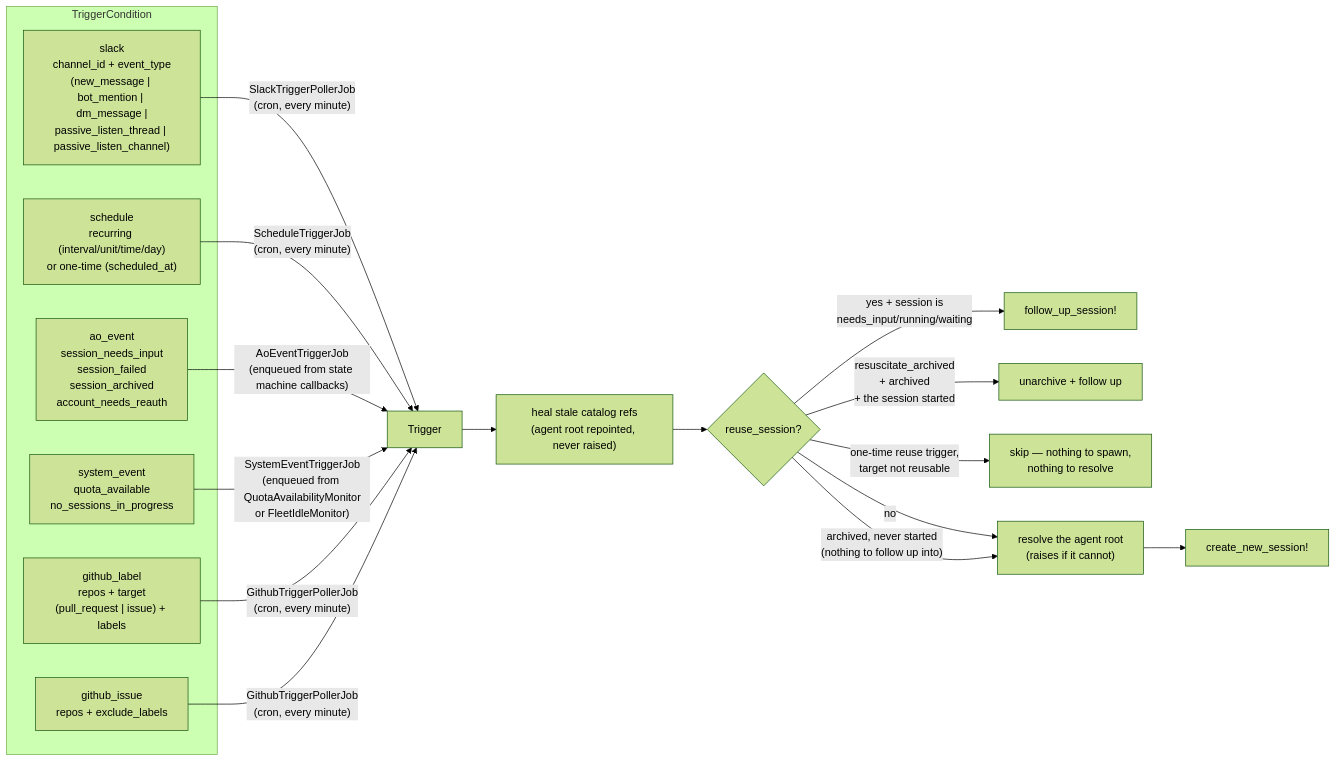
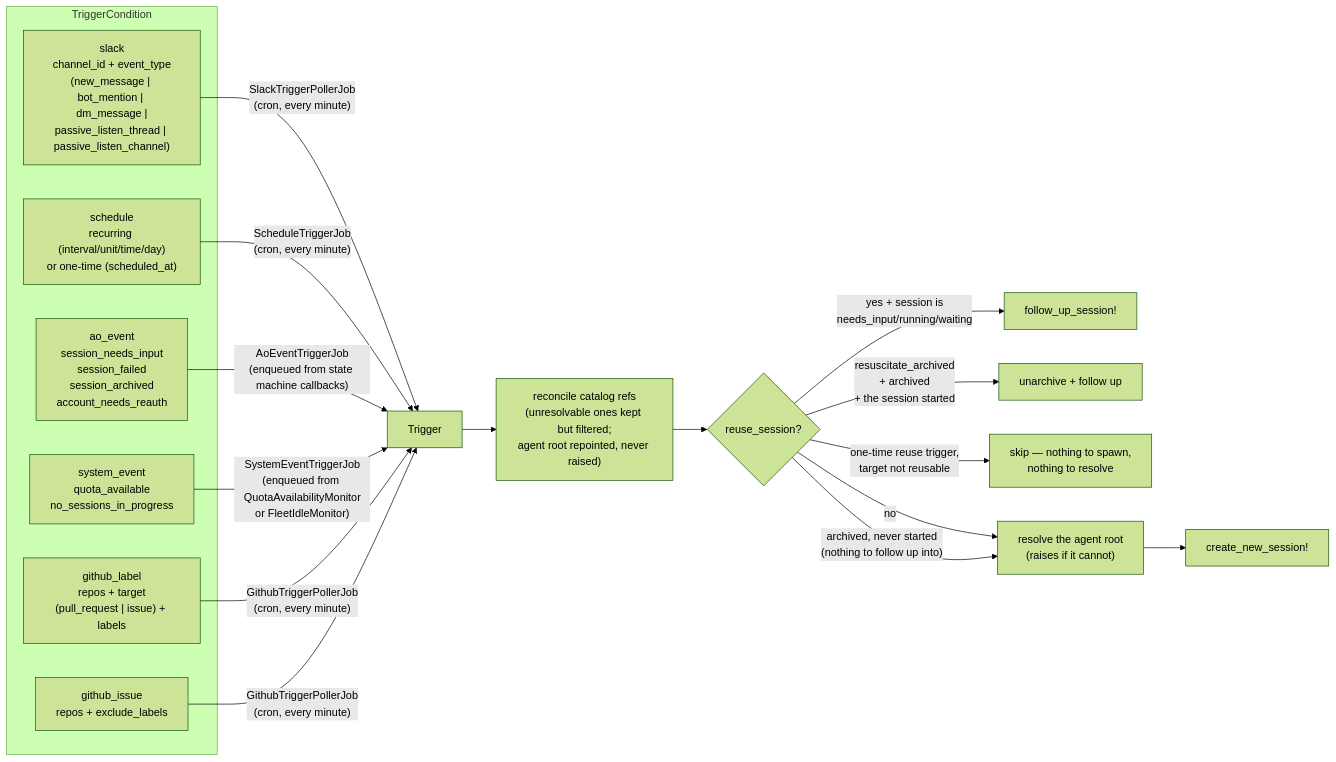
The first of 2 diagrams in docs/src/content/docs/sessions/triggers.md (tadasant/zimmer), drawn with Mermaid (forest theme) before and after one commit. The commit also changed other lines of this file and 18 other files, not shown here.

First line of the commit message:
fix(triggers): the catalog heal keeps the reference it cannot resolve, instead of deleting it (#853) (#1017)

````diff
--- a/docs/src/content/docs/sessions/triggers.md
+++ b/docs/src/content/docs/sessions/triggers.md
@@ -15,27 +15,27 @@
 ```mermaid
 flowchart LR
     subgraph conditions["TriggerCondition"]
         SL["slack<br/>channel_id + event_type<br/>(new_message | bot_mention | dm_message |<br/>passive_listen_thread | passive_listen_channel)"]
         SC["schedule<br/>recurring (interval/unit/time/day)<br/>or one-time (scheduled_at)"]
         AO["ao_event<br/>session_needs_input<br/>session_failed<br/>session_archived<br/>account_needs_reauth"]
         SE["system_event<br/>quota_available<br/>no_sessions_in_progress"]
         GL["github_label<br/>repos + target<br/>(pull_request | issue) + labels"]
         GI["github_issue<br/>repos + exclude_labels"]
     end
 
     SL -->|"SlackTriggerPollerJob<br/>(cron, every minute)"| T["Trigger"]
     SC -->|"ScheduleTriggerJob<br/>(cron, every minute)"| T
     AO -->|"AoEventTriggerJob<br/>(enqueued from state machine callbacks)"| T
     SE -->|"SystemEventTriggerJob<br/>(enqueued from QuotaAvailabilityMonitor<br/>or FleetIdleMonitor)"| T
     GL -->|"GithubTriggerPollerJob<br/>(cron, every minute)"| T
     GI -->|"GithubTriggerPollerJob<br/>(cron, every minute)"| T
 
-    T --> H["heal stale catalog refs<br/>(agent root repointed, never raised)"]
+    T --> H["reconcile catalog refs<br/>(unresolvable ones kept but filtered;<br/>agent root repointed, never raised)"]
     H --> D{"reuse_session?"}
     D -->|"yes + session is<br/>needs_input/running/waiting"| FU["follow_up_session!"]
     D -->|"resuscitate_archived<br/>+ archived<br/>+ the session started"| RS["unarchive + follow up"]
     D -->|"one-time reuse trigger,<br/>target not reusable"| SK["skip — nothing to spawn,<br/>nothing to resolve"]
     D -->|no| HR["resolve the agent root<br/>(raises if it cannot)"]
     D -->|"archived, never started<br/>(nothing to follow up into)"| HR
     HR --> NEW["create_new_session!"]
 ```
````
